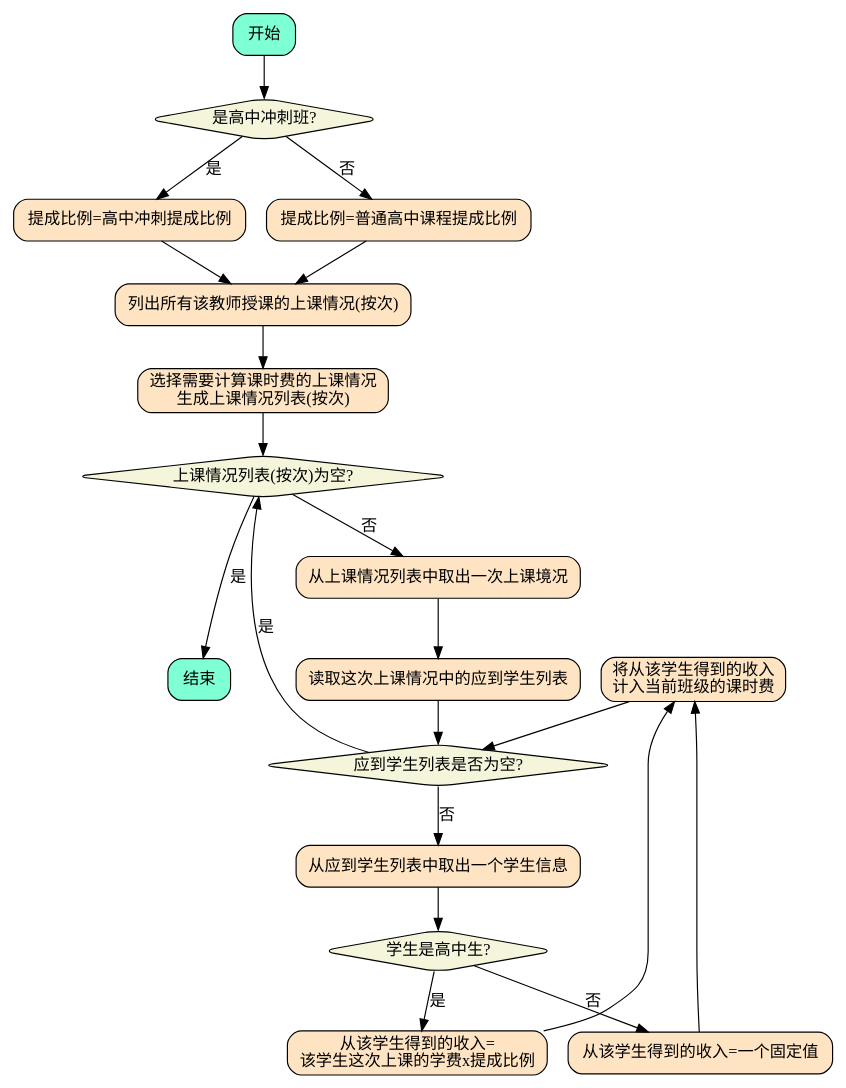
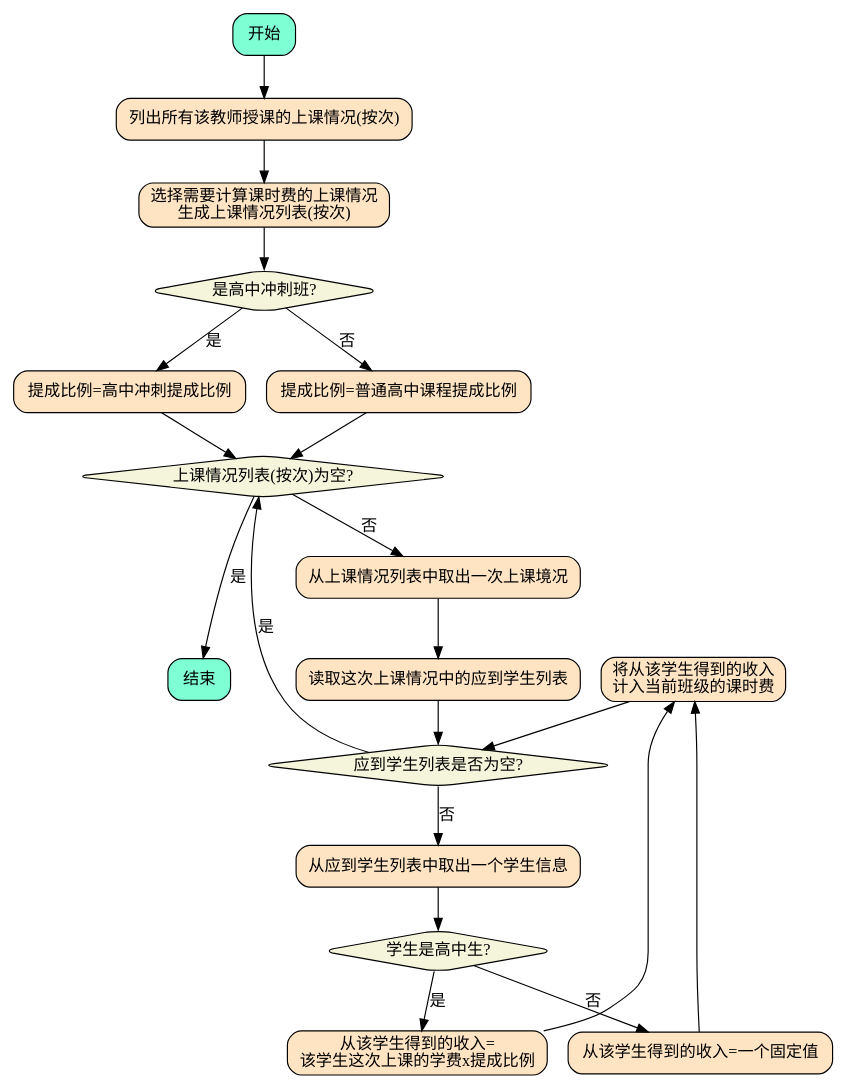
One commit to diandian888/mx-requirements changed the diagram in management-system/hr/pay/svg/01.dot. Above: the diagram before and after it, drawn with Graphviz. The commit also changed 1 other file, not shown here.

```diff
--- a/management-system/hr/pay/svg/01.dot
+++ b/management-system/hr/pay/svg/01.dot
@@ -1,43 +1,42 @@
 digraph {
     node [shape="box", style="rounded,filled", fillcolor="aquamarine"]
         start[label="开始"];
         end[label="结束"];
 
     node [shape="box", style="rounded,filled", fillcolor="bisque"]
-        s1_a[label="提成比例=高中冲刺提成比例"];
-        s1_b[label="提成比例=普通高中课程提成比例"];
-        s2[label="列出所有该教师授课的上课情况(按次)"];
-        s3[label="选择需要计算课时费的上课情况\n生成上课情况列表(按次)"];
+        s1[label="列出所有该教师授课的上课情况(按次)"];
+        s2[label="选择需要计算课时费的上课情况\n生成上课情况列表(按次)"];
+        s3_a[label="提成比例=高中冲刺提成比例"];
+        s3_b[label="提成比例=普通高中课程提成比例"];
         s4[label="从上课情况列表中取出一次上课境况"];
         s5[label="读取这次上课情况中的应到学生列表"];
         s6[label="从应到学生列表中取出一个学生信息"];
         s7_a[label="从该学生得到的收入=\n该学生这次上课的学费x提成比例"];
         s7_b[label="从该学生得到的收入=一个固定值"];
         s8[label="将从该学生得到的收入\n计入当前班级的课时费"];
     
     node [shape="diamond", style="rounded,filled", fillcolor="beige"]
         c1[label="是高中冲刺班?"];
         c2[label="上课情况列表(按次)为空?"];
         c3[label="应到学生列表是否为空?"];
         c4[label="学生是高中生?"];
 
-    start -> c1;
-    c1 -> s1_a[label="是"];
-    c1 -> s1_b[label="否"];
-    s1_a -> s2;
-    s1_b -> s2;
-    s2 -> s3 -> c2;
+    start -> s1 -> s2 -> c1;
+    c1 -> s3_a[label="是"];
+    c1 -> s3_b[label="否"];
+    s3_a -> c2;
+    s3_b -> c2;
     c2 -> s4[label="否"];
     c2 -> end[label="是"];
     s4 -> s5 -> c3;
     c3 -> s6[label="否"];
     c3 -> c2[label="是"];
     s6 -> c4;
     c4 -> s7_a[label="是"];
     c4 -> s7_b[label="否"];
     s7_a -> s8;
     s7_b -> s8;
     s8 -> c3;
 
     {rank=same; s8 end}
 }
```
